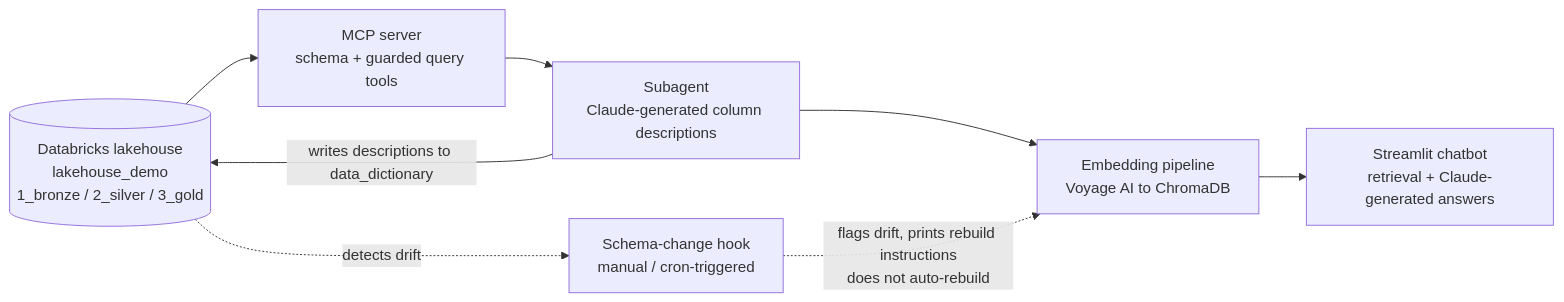
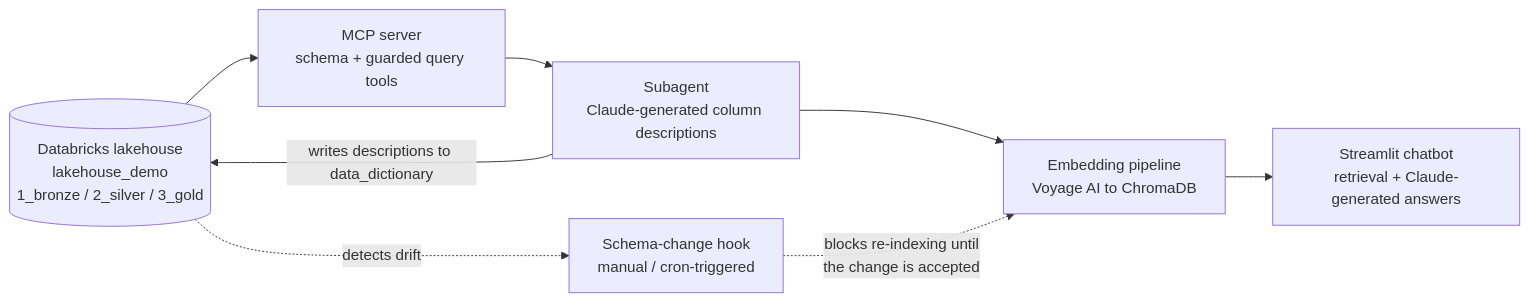
The diagram in README.md (felipecastro-data/medallion-data-dictionary-rag-system), drawn with Mermaid before and after one commit. The commit also changed other lines of this file and 4 other files, not shown here.

First line of the commit message:
Block re-indexing until schema drift is accepted

````diff
--- a/README.md
+++ b/README.md
@@ -7,15 +7,15 @@
 ```mermaid
 flowchart LR
     DB[("Databricks lakehouse<br/>lakehouse_demo<br/>1_bronze / 2_silver / 3_gold")]
     MCP["MCP server<br/>schema + guarded query tools"]
     SUB["Subagent<br/>Claude-generated column descriptions"]
     EMB["Embedding pipeline<br/>Voyage AI to ChromaDB"]
     BOT["Streamlit chatbot<br/>retrieval + Claude-generated answers"]
     HOOK["Schema-change hook<br/>manual / cron-triggered"]
 
     DB --> MCP --> SUB
     SUB -->|writes descriptions to data_dictionary| DB
     SUB --> EMB --> BOT
     DB -.->|detects drift| HOOK
-    HOOK -.->|flags drift, prints rebuild instructions<br/>does not auto-rebuild| EMB
+    HOOK -.->|blocks re-indexing until<br/>the change is accepted| EMB
 ```
````
